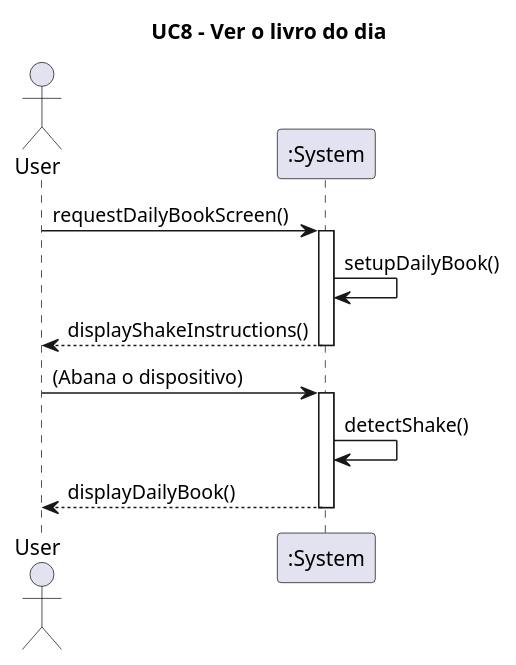
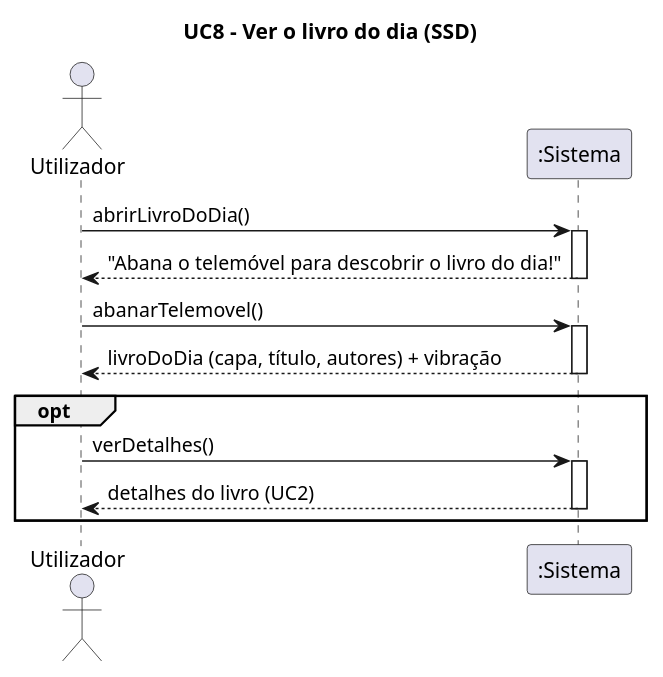
Before and after one commit to Diogo-29/DSSMV_ProjectDroid_1240632_1240857: the diagram in app/docs/UCs/UC8-SSD.puml, drawn with PlantUML. The commit also changed 72 other files, not shown here.

```diff
--- a/app/docs/UCs/UC8-SSD.puml
+++ b/app/docs/UCs/UC8-SSD.puml
@@ -1,23 +1,21 @@
 @startuml
+title UC8 - Ver o livro do dia (SSD)
 
-title UC8 - Ver o livro do dia
+actor "Utilizador" as U
+participant ":Sistema" as S
 
-actor User
-participant ":System" as System
-
-User -> System: requestDailyBookScreen()
-activate System
-
-    System -> System: setupDailyBook()
-    System --> User: displayShakeInstructions()
-deactivate System
-
-User -> System: (Abana o dispositivo)
-activate System
-
-    System -> System: detectShake()
-
-    System --> User: displayDailyBook()
-deactivate System
-
+U -> S: abrirLivroDoDia()
+activate S
+S --> U: "Abana o telemóvel para descobrir o livro do dia!"
+deactivate S
+U -> S: abanarTelemovel()
+activate S
+S --> U: livroDoDia (capa, título, autores) + vibração
+deactivate S
+opt
+  U -> S: verDetalhes()
+  activate S
+  S --> U: detalhes do livro (UC2)
+  deactivate S
+end
 @enduml
```
